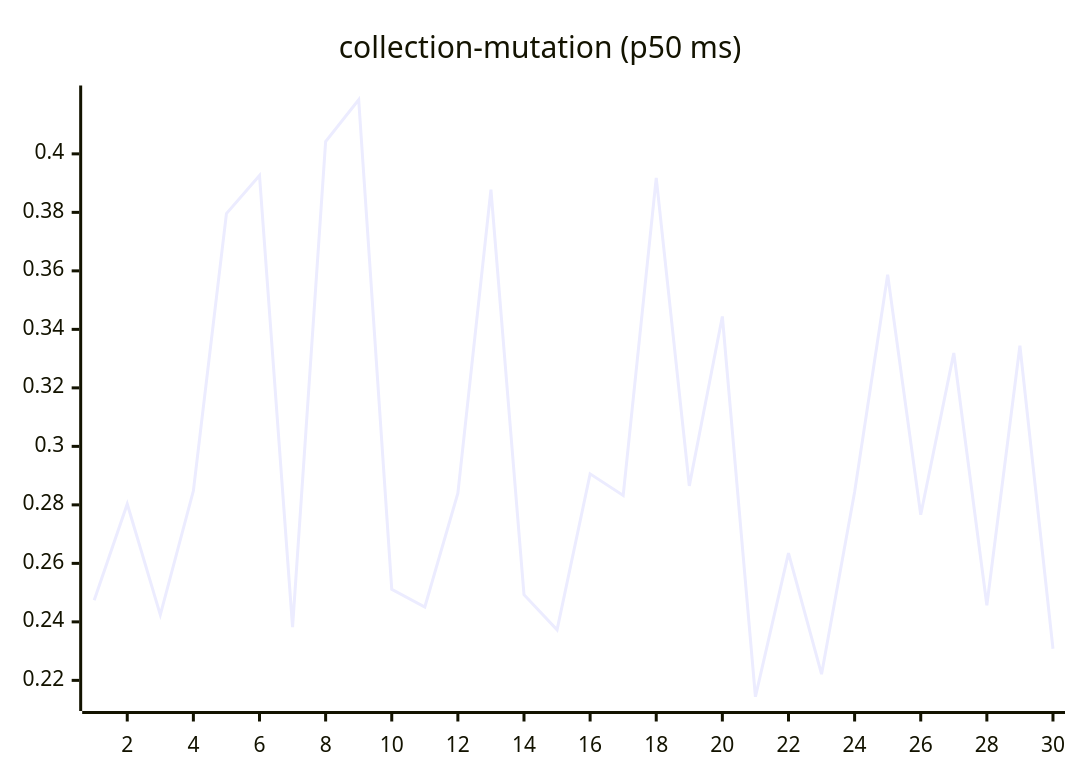
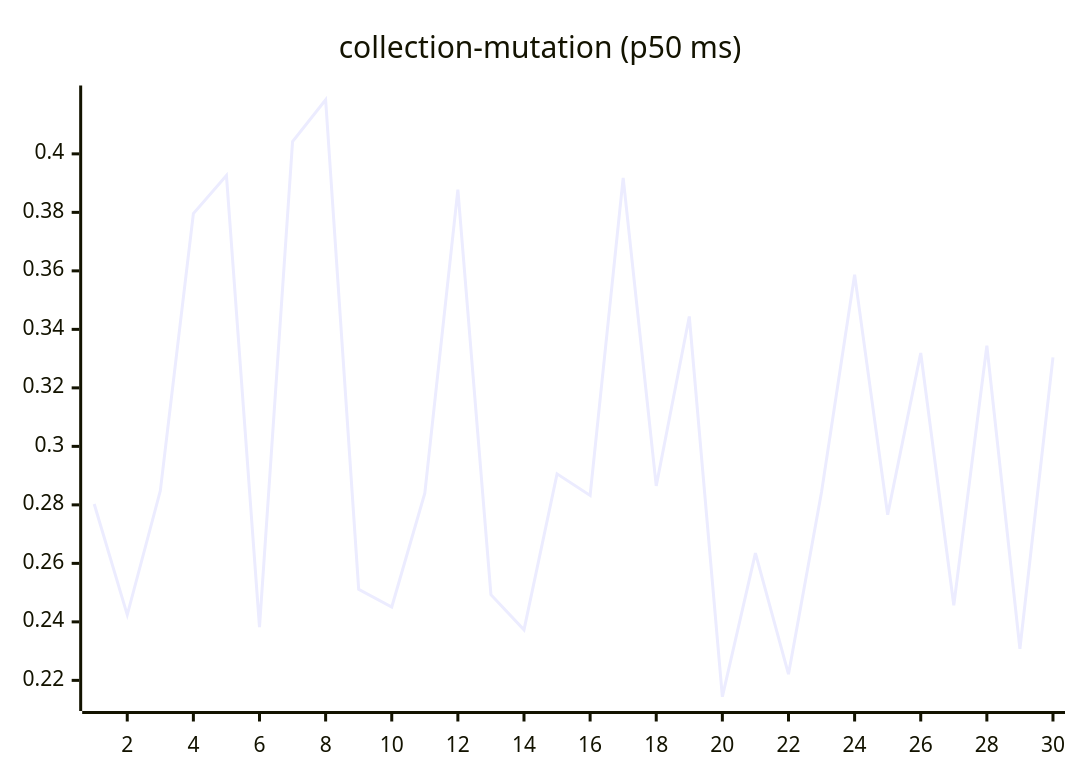
One commit to josha/Facet changed the sixth of 27 diagrams in README.md. Above: the diagram before and after it, drawn with Mermaid. The commit also changed other lines of this file and 2 other files, not shown here.

````diff
--- a/README.md
+++ b/README.md
@@ -98,6 +98,6 @@
 ```mermaid
 xychart-beta
     title "collection-mutation (p50 ms)"
     x-axis 1 --> 30
-    line [0.2474, 0.2803, 0.2424, 0.2848, 0.3796, 0.3926, 0.2382, 0.4042, 0.4185, 0.2511, 0.2451, 0.2840, 0.3878, 0.2493, 0.2373, 0.2906, 0.2832, 0.3918, 0.2865, 0.3444, 0.2144, 0.2635, 0.2221, 0.2844, 0.3587, 0.2766, 0.3319, 0.2457, 0.3344, 0.2308]
+    line [0.2803, 0.2424, 0.2848, 0.3796, 0.3926, 0.2382, 0.4042, 0.4185, 0.2511, 0.2451, 0.2840, 0.3878, 0.2493, 0.2373, 0.2906, 0.2832, 0.3918, 0.2865, 0.3444, 0.2144, 0.2635, 0.2221, 0.2844, 0.3587, 0.2766, 0.3319, 0.2457, 0.3344, 0.2308, 0.3304]
 ```
````
